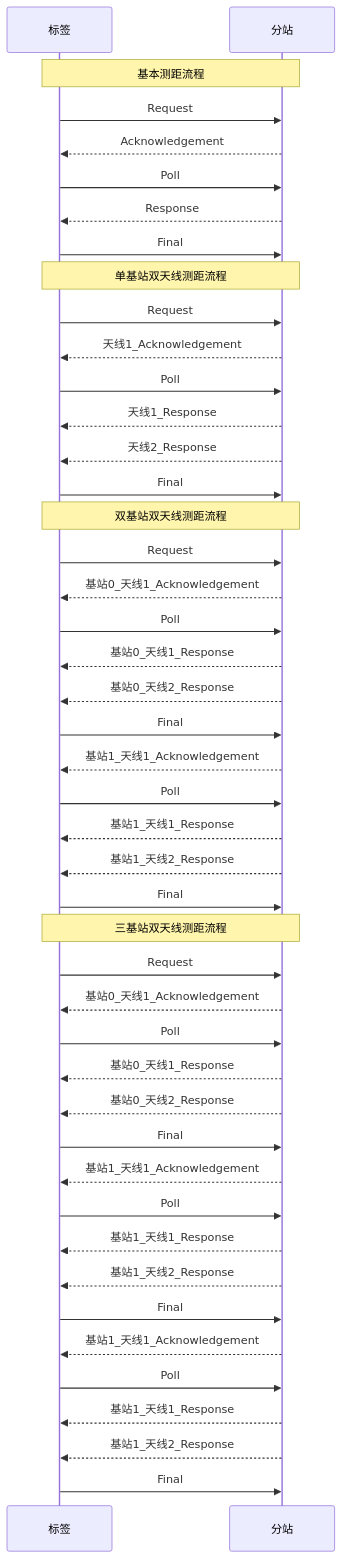
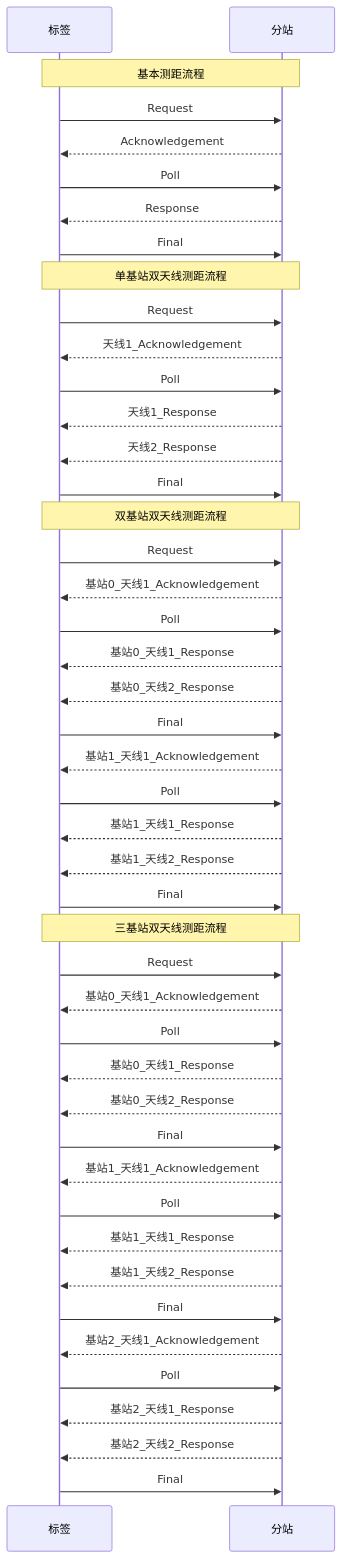
Before and after one commit to geek-zhao/iodraw-files: the diagram in all/未命名.md, drawn with Mermaid.

Commit message:
2024-08-17 14:16:24 update

````diff
--- a/all/未命名.md
+++ b/all/未命名.md
@@ -1,51 +1,51 @@
 ```mermaid
 sequenceDiagram
     participant tag as 标签
     participant anchor as 分站
 
     Note over tag,anchor: 基本测距流程
     tag->>anchor: Request
     anchor-->>tag: Acknowledgement
     tag->>anchor: Poll
     anchor-->>tag: Response
     tag->>anchor: Final       
 
     Note over tag,anchor: 单基站双天线测距流程
     tag->>anchor: Request
     anchor-->>tag: 天线1_Acknowledgement
     tag->>anchor: Poll
     anchor-->>tag: 天线1_Response 
     anchor-->>tag: 天线2_Response
     tag->>anchor: Final   
 
     Note over tag,anchor: 双基站双天线测距流程
     tag->>anchor: Request
     anchor-->>tag: 基站0_天线1_Acknowledgement
     tag->>anchor: Poll
     anchor-->>tag: 基站0_天线1_Response 
     anchor-->>tag: 基站0_天线2_Response
     tag->>anchor: Final   
     anchor-->>tag: 基站1_天线1_Acknowledgement
     tag->>anchor: Poll
     anchor-->>tag: 基站1_天线1_Response 
     anchor-->>tag: 基站1_天线2_Response
     tag->>anchor: Final   
 
     Note over tag,anchor: 三基站双天线测距流程
     tag->>anchor: Request
     anchor-->>tag: 基站0_天线1_Acknowledgement
     tag->>anchor: Poll
     anchor-->>tag: 基站0_天线1_Response 
     anchor-->>tag: 基站0_天线2_Response
     tag->>anchor: Final   
     anchor-->>tag: 基站1_天线1_Acknowledgement
     tag->>anchor: Poll
     anchor-->>tag: 基站1_天线1_Response 
     anchor-->>tag: 基站1_天线2_Response
     tag->>anchor: Final   
-    anchor-->>tag: 基站1_天线1_Acknowledgement
+    anchor-->>tag: 基站2_天线1_Acknowledgement
     tag->>anchor: Poll
-    anchor-->>tag: 基站1_天线1_Response 
-    anchor-->>tag: 基站1_天线2_Response
+    anchor-->>tag: 基站2_天线1_Response 
+    anchor-->>tag: 基站2_天线2_Response
     tag->>anchor: Final   
 ```
````
